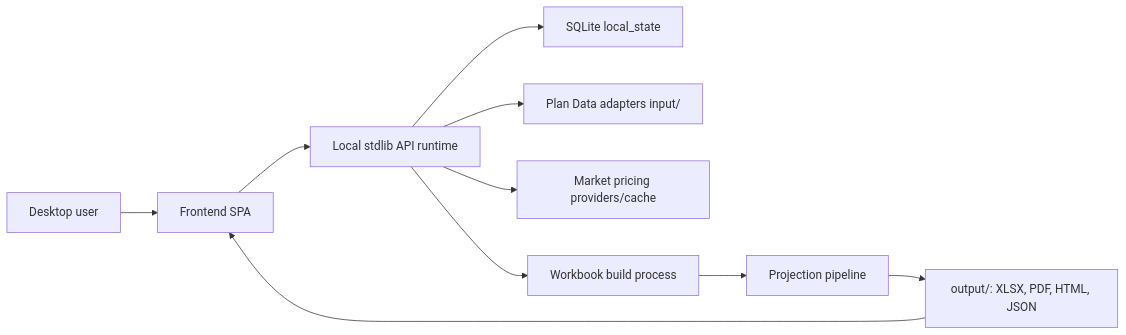
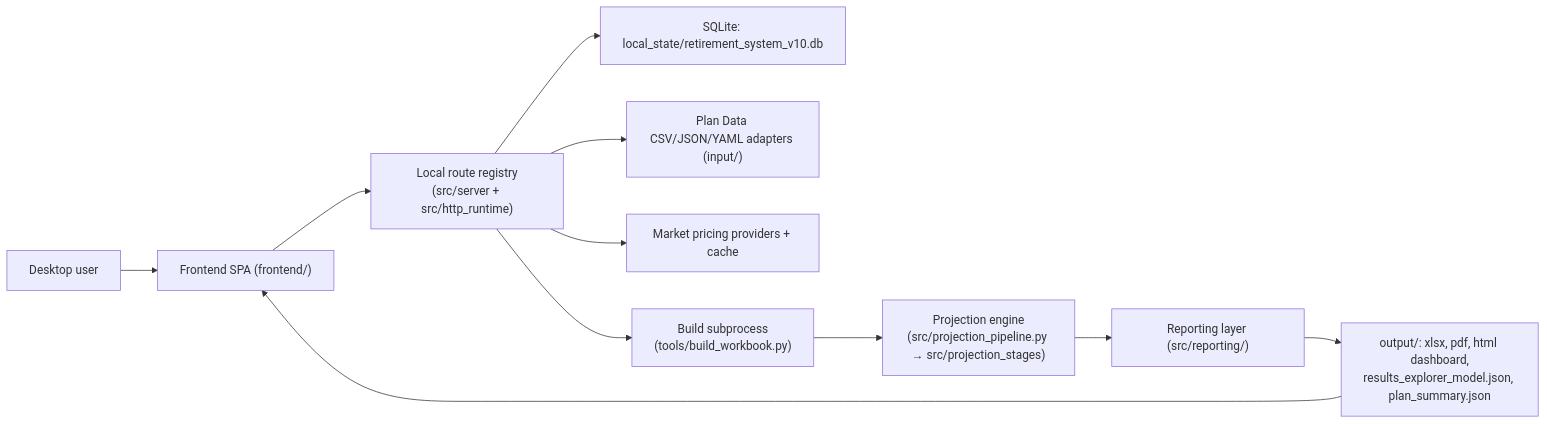
Before and after one commit to matthartzman/retirement_system: the first of 2 diagrams in documentation/CURRENT_SYSTEM_DESIGN_SPEC.md, drawn with Mermaid. The commit also changed other lines of this file and 1 other file, not shown here.

````diff
--- a/documentation/CURRENT_SYSTEM_DESIGN_SPEC.md
+++ b/documentation/CURRENT_SYSTEM_DESIGN_SPEC.md
@@ -29,12 +19,13 @@
 ```mermaid
 flowchart LR
-    User["Desktop user"] --> UI["Frontend SPA"]
-    UI --> API["Local stdlib API runtime"]
-    API --> DB["SQLite local_state"]
-    API --> Files["Plan Data adapters input/"]
-    API --> Pricing["Market pricing providers/cache"]
-    API --> Build["Workbook build process"]
-    Build --> Engine["Projection pipeline"]
-    Engine --> Outputs["output/: XLSX, PDF, HTML, JSON"]
+    User["Desktop user"] --> UI["Frontend SPA (frontend/)"]
+    UI --> Runtime["Local route registry\n(src/server + src/http_runtime)"]
+    Runtime --> DB["SQLite: local_state/retirement_system_v10.db"]
+    Runtime --> Files["Plan Data CSV/JSON/YAML adapters (input/)"]
+    Runtime --> Pricing["Market pricing providers + cache"]
+    Runtime --> BuildProc["Build subprocess\n(tools/build_workbook.py)"]
+    BuildProc --> Engine["Projection engine\n(src/projection_pipeline.py → src/projection_stages)"]
+    Engine --> Reporting["Reporting layer (src/reporting/)"]
+    Reporting --> Outputs["output/: xlsx, pdf, html dashboard,\nresults_explorer_model.json, plan_summary.json"]
     Outputs --> UI
 ```
````
